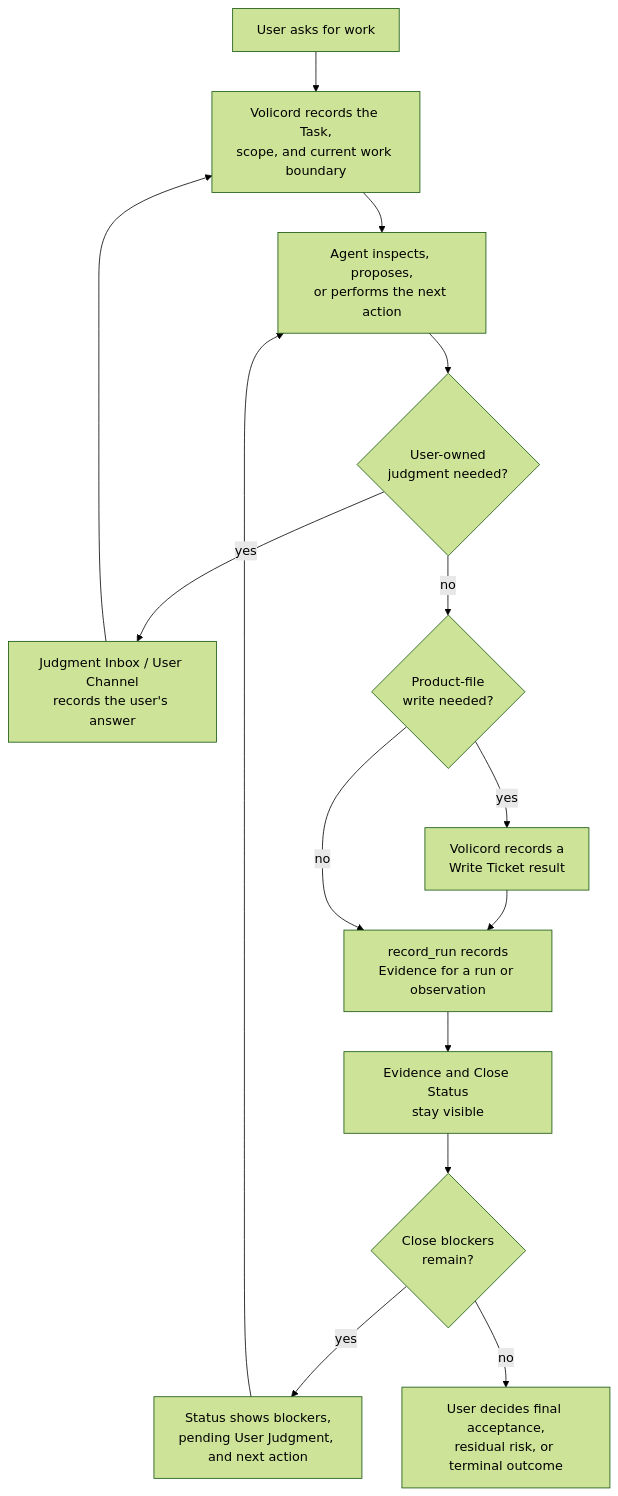
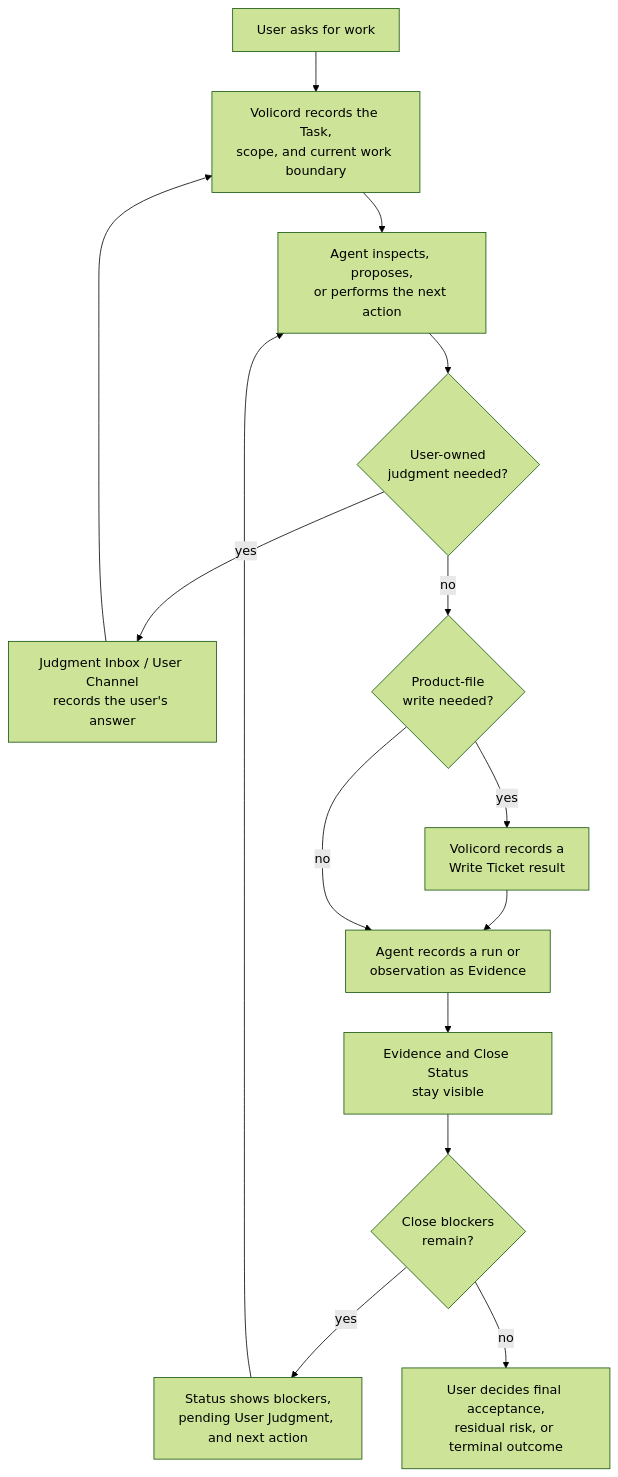
Before and after one commit to minjungw00/Volicord: the second of 2 diagrams in README.md, drawn with Mermaid (forest theme). The commit also changed other lines of this file and 1 other file, not shown here.

````diff
--- a/README.md
+++ b/README.md
@@ -321,24 +321,24 @@
 ```mermaid
 flowchart TD
   request["User asks for work"]
   task["Volicord records the Task,<br/>scope, and current work boundary"]
   agent["Agent inspects, proposes,<br/>or performs the next action"]
   judgment{"User-owned<br/>judgment needed?"}
   inbox["Judgment Inbox / User Channel<br/>records the user's answer"]
   write{"Product-file<br/>write needed?"}
   ticket["Volicord records a<br/>Write Ticket result"]
-  run["record_run records<br/>Evidence for a run or observation"]
+  run["Agent records a run or<br/>observation as Evidence"]
   evidence["Evidence and Close Status<br/>stay visible"]
   close{"Close blockers<br/>remain?"}
   status["Status shows blockers,<br/>pending User Judgment, and next action"]
   finish["User decides final acceptance,<br/>residual risk, or terminal outcome"]
 
   request --> task --> agent --> judgment
   judgment -- yes --> inbox --> task
   judgment -- no --> write
   write -- yes --> ticket --> run
   write -- no --> run
   run --> evidence --> close
   close -- yes --> status --> agent
   close -- no --> finish
 ```
````
